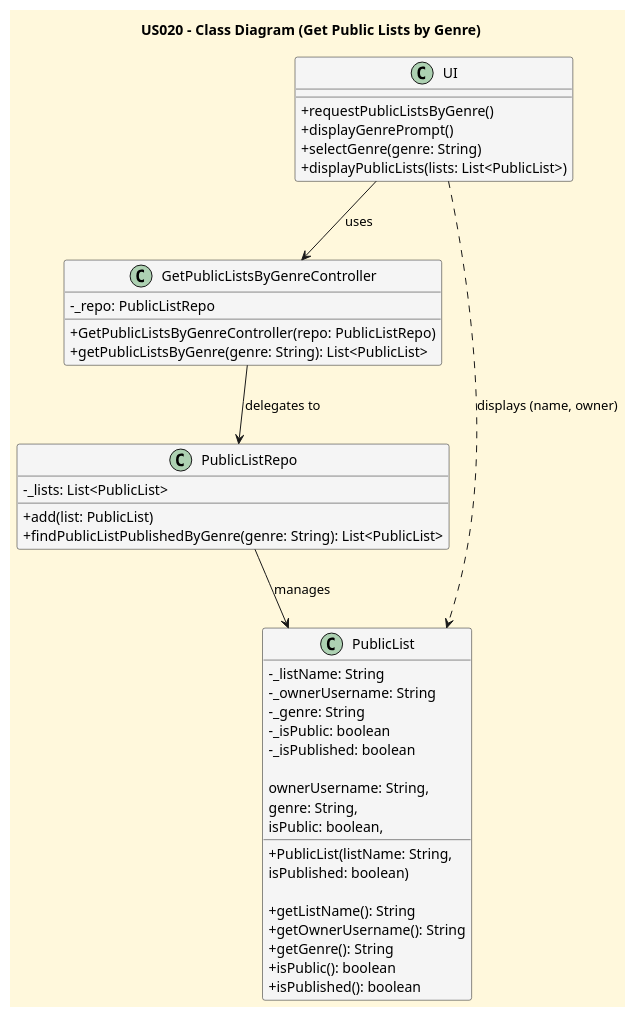
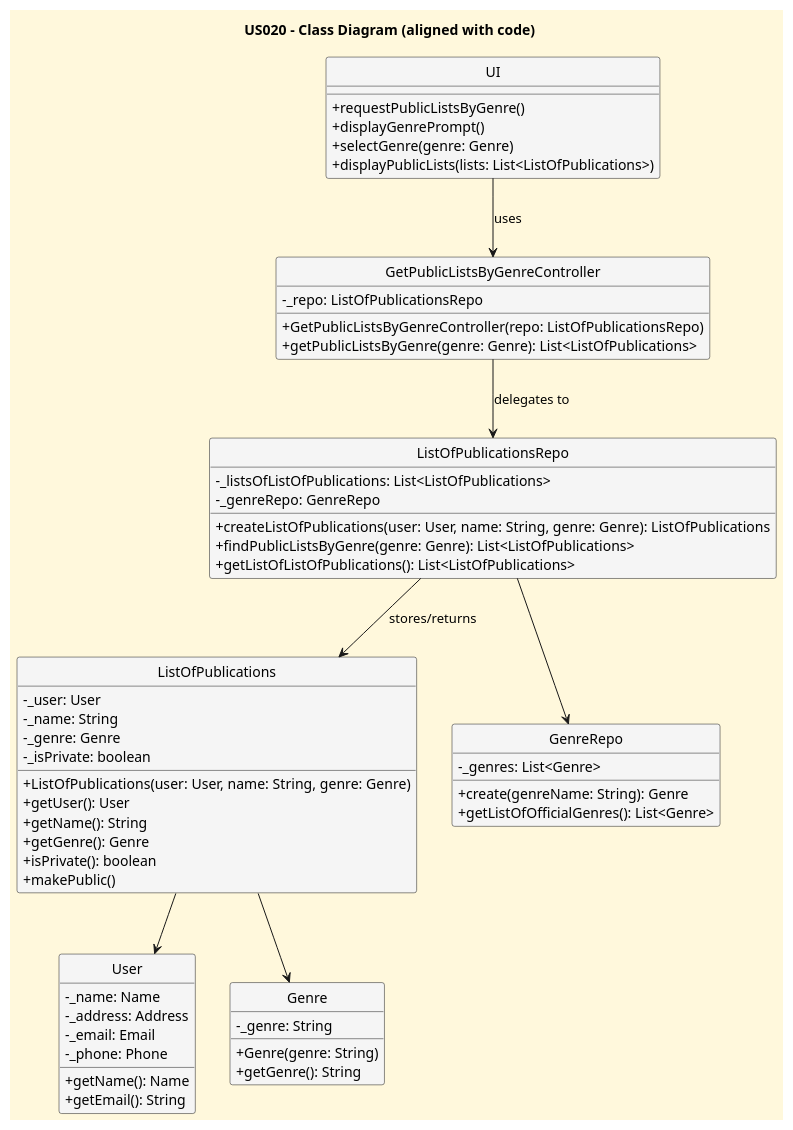
Before and after one commit to CarolinaLeite-collab/JavaMarketplacePlatform: the diagram in docs/userStories/US020/US020_get_a_list_given_genres_CD.puml, drawn with PlantUML.

Commit message:
Resolves #133: Updated Class Diagram for US020

```diff
--- a/docs/userStories/US020/US020_get_a_list_given_genres_CD.puml
+++ b/docs/userStories/US020/US020_get_a_list_given_genres_CD.puml
@@ -1,55 +1,73 @@
 @startuml
-title US020 - Class Diagram (Get Public Lists by Genre)
+title US020 - Class Diagram (aligned with code)
 
-skinparam monochrome false
-skinparam shadowing false
 skinparam defaultFontName Futura
 skinparam backgroundColor CornSilk
 skinparam classBackgroundColor WhiteSmoke
 skinparam classAttributeIconSize 0
+hide circle
 
 class UI {
   +requestPublicListsByGenre()
   +displayGenrePrompt()
-  +selectGenre(genre: String)
-  +displayPublicLists(lists: List<PublicList>)
+  +selectGenre(genre: Genre)
+  +displayPublicLists(lists: List<ListOfPublications>)
 }
 
 class GetPublicListsByGenreController {
-  -_repo: PublicListRepo
-  +GetPublicListsByGenreController(repo: PublicListRepo)
-  +getPublicListsByGenre(genre: String): List<PublicList>
+  -_repo: ListOfPublicationsRepo
+  +GetPublicListsByGenreController(repo: ListOfPublicationsRepo)
+  +getPublicListsByGenre(genre: Genre): List<ListOfPublications>
 }
 
-class PublicListRepo {
-  -_lists: List<PublicList>
-  +add(list: PublicList)
-  +findPublicListPublishedByGenre(genre: String): List<PublicList>
+class ListOfPublicationsRepo {
+  -_listsOfListOfPublications: List<ListOfPublications>
+  -_genreRepo: GenreRepo
+  +createListOfPublications(user: User, name: String, genre: Genre): ListOfPublications
+  +findPublicListsByGenre(genre: Genre): List<ListOfPublications>
+  +getListOfListOfPublications(): List<ListOfPublications>
 }
 
-class PublicList {
-  -_listName: String
-  -_ownerUsername: String
+class ListOfPublications {
+  -_user: User
+  -_name: String
+  -_genre: Genre
+  -_isPrivate: boolean
+
+  +ListOfPublications(user: User, name: String, genre: Genre)
+  +getUser(): User
+  +getName(): String
+  +getGenre(): Genre
+  +isPrivate(): boolean
+  +makePublic()
+}
+
+class User {
+  -_name: Name
+  -_address: Address
+  -_email: Email
+  -_phone: Phone
+  +getName(): Name
+  +getEmail(): String
+}
+
+class Genre {
   -_genre: String
-  -_isPublic: boolean
-  -_isPublished: boolean
+  +Genre(genre: String)
+  +getGenre(): String
+}
 
-  +PublicList(listName: String,
-              ownerUsername: String,
-              genre: String,
-              isPublic: boolean,
-              isPublished: boolean)
-
-  +getListName(): String
-  +getOwnerUsername(): String
-  +getGenre(): String
-  +isPublic(): boolean
-  +isPublished(): boolean
+class GenreRepo {
+  -_genres: List<Genre>
+  +create(genreName: String): Genre
+  +getListOfOfficialGenres(): List<Genre>
 }
 
 UI --> GetPublicListsByGenreController : uses
-GetPublicListsByGenreController --> PublicListRepo : delegates to
-PublicListRepo --> PublicList : manages
-UI ..> PublicList : displays (name, owner)
+GetPublicListsByGenreController --> ListOfPublicationsRepo : delegates to
+ListOfPublicationsRepo --> ListOfPublications : stores/returns
+ListOfPublications --> User
+ListOfPublications --> Genre
+ListOfPublicationsRepo --> GenreRepo
 
 @enduml
```
